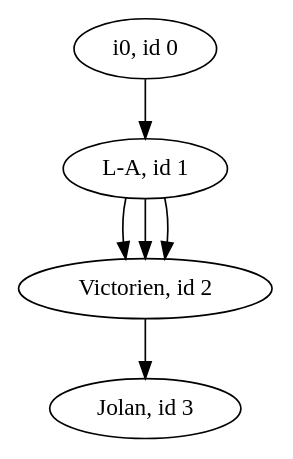
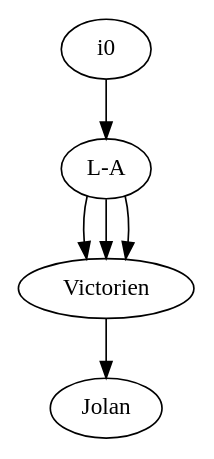
One commit to VictorienMarette/projetL2 changed the diagram in test.dot. Above: the diagram before and after it, drawn with Graphviz. The commit also changed 5 other files, not shown here.

```diff
--- a/test.dot
+++ b/test.dot
@@ -1,11 +1,11 @@
 digraph G {
-    v0 [label="i0, id 0"]
-    v1 [label="L-A, id 1"]
-    v2 [label="Victorien, id 2"]
-    v3 [label="Jolan, id 3"]
+    v0 [label="i0"]
+    v1 [label="L-A"]
+    v2 [label="Victorien"]
+    v3 [label="Jolan"]
     v0 -> v1 
     v1 -> v2 
     v1 -> v2 
     v1 -> v2 
     v2 -> v3 
 }
```
